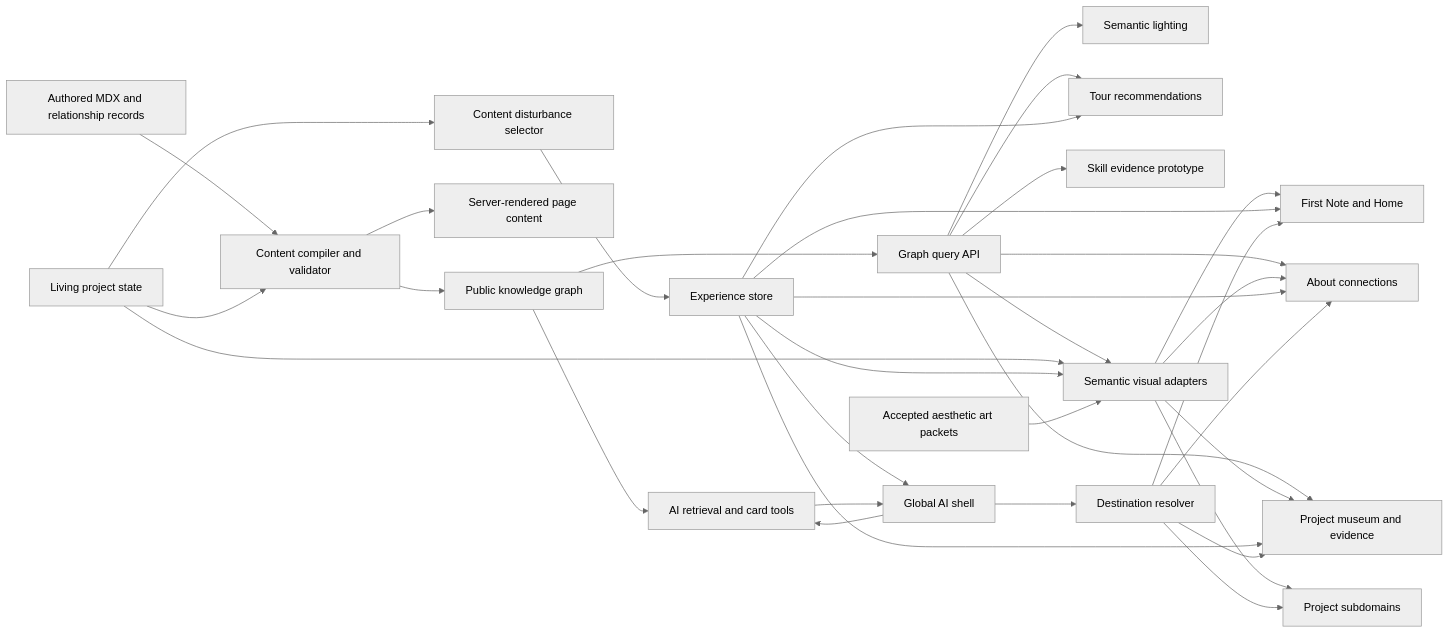
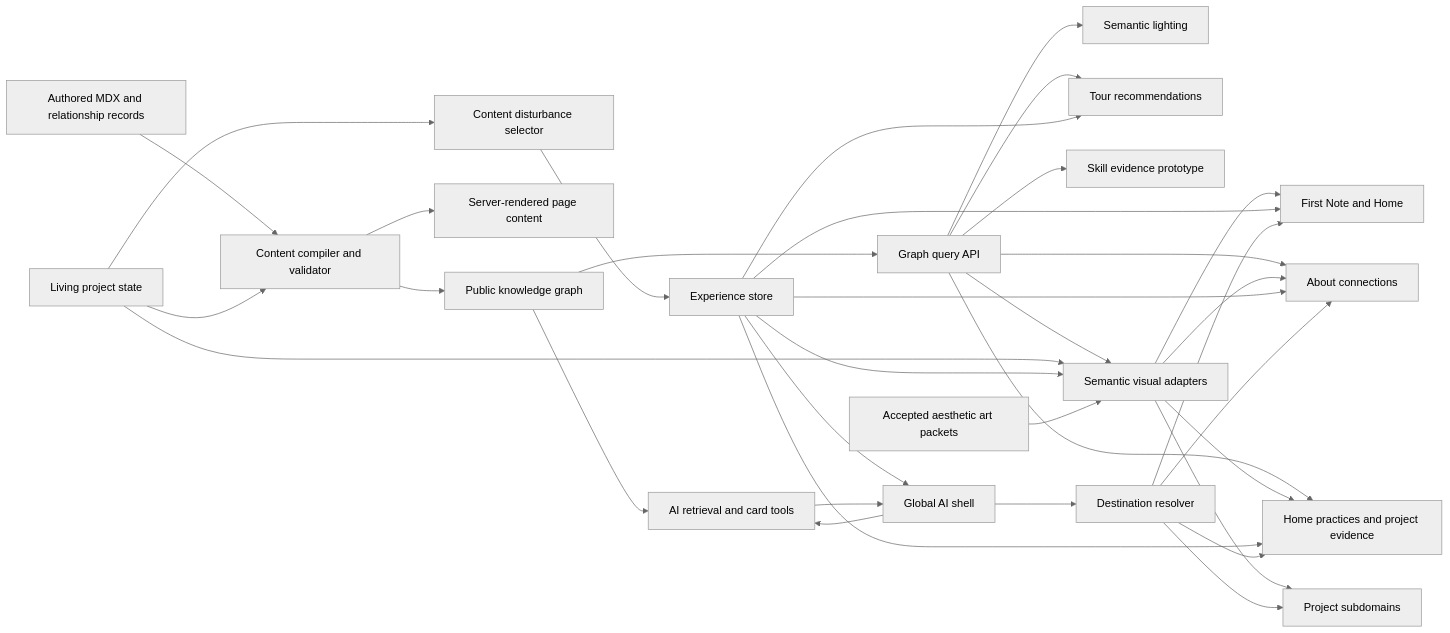
The diagram in documentation/implementation-plans/00-System-Architecture-And-Interfaces.md (mpere056/Portfolio-Website), drawn with Mermaid (neutral theme) before and after one commit. The commit also changed other lines of this file and 28 other files, not shown here.

````diff
--- a/documentation/implementation-plans/00-System-Architecture-And-Interfaces.md
+++ b/documentation/implementation-plans/00-System-Architecture-And-Interfaces.md
@@ -44,39 +60,39 @@
 ```mermaid
 flowchart LR
     MDX["Authored MDX and relationship records"] --> COMP["Content compiler and validator"]
     COMP --> GRAPH["Public knowledge graph"]
     COMP --> PAGES["Server-rendered page content"]
     GRAPH --> AIAPI["AI retrieval and card tools"]
     GRAPH --> QUERIES["Graph query API"]
     QUERIES --> ABOUT["About connections"]
-    QUERIES --> MUSEUM["Project museum and evidence"]
+    QUERIES --> WORK["Home practices and project evidence"]
     QUERIES --> LIGHT["Semantic lighting"]
     QUERIES --> TOUR["Tour recommendations"]
     QUERIES --> SKILLS["Skill evidence prototype"]
     QUERIES --> VISUAL["Semantic visual adapters"]
     STATE --> VISUAL
     EXPERIENCE --> VISUAL
     ART["Accepted aesthetic art packets"] --> VISUAL
     VISUAL --> HOME
     VISUAL --> ABOUT
-    VISUAL --> MUSEUM
+    VISUAL --> WORK
     VISUAL --> SUB
 
     EXPERIENCE["Experience store"] --> HOME["First Note and Home"]
     EXPERIENCE --> TOUR
-    EXPERIENCE --> MUSEUM
+    EXPERIENCE --> WORK
     EXPERIENCE --> ABOUT
     EXPERIENCE --> AIUI["Global AI shell"]
 
     AIUI --> AIAPI
     AIAPI --> AIUI
     AIUI --> DEST["Destination resolver"]
     DEST --> HOME
     DEST --> ABOUT
-    DEST --> MUSEUM
+    DEST --> WORK
     DEST --> SUB["Project subdomains"]
 
     STATE["Living project state"] --> COMP
     STATE --> UPDATE["Content disturbance selector"]
     UPDATE --> EXPERIENCE
 ```
````
